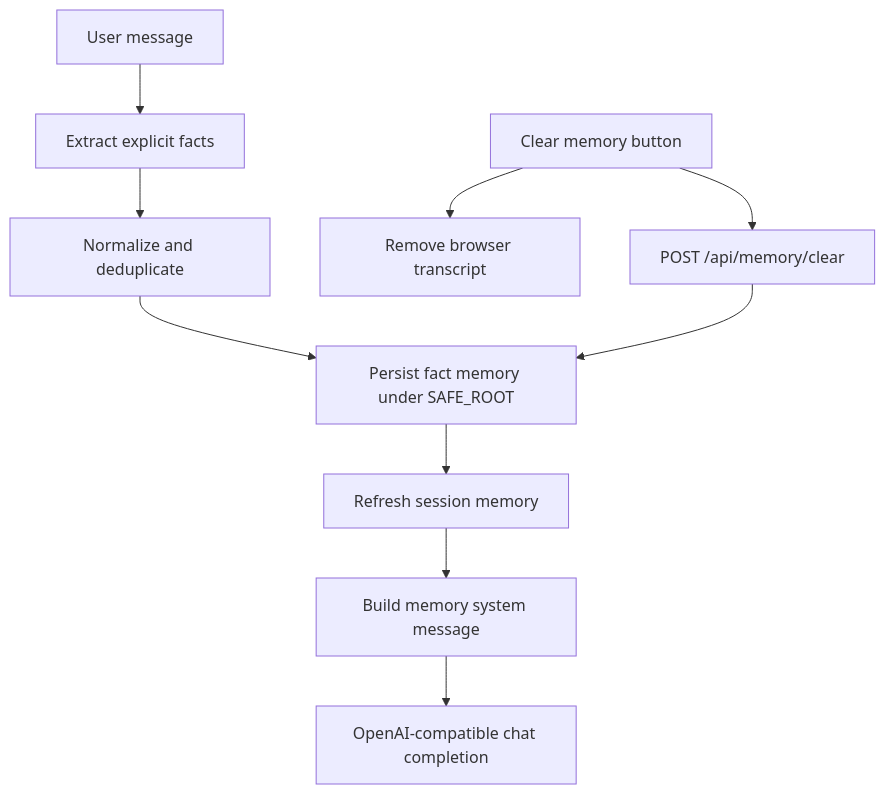
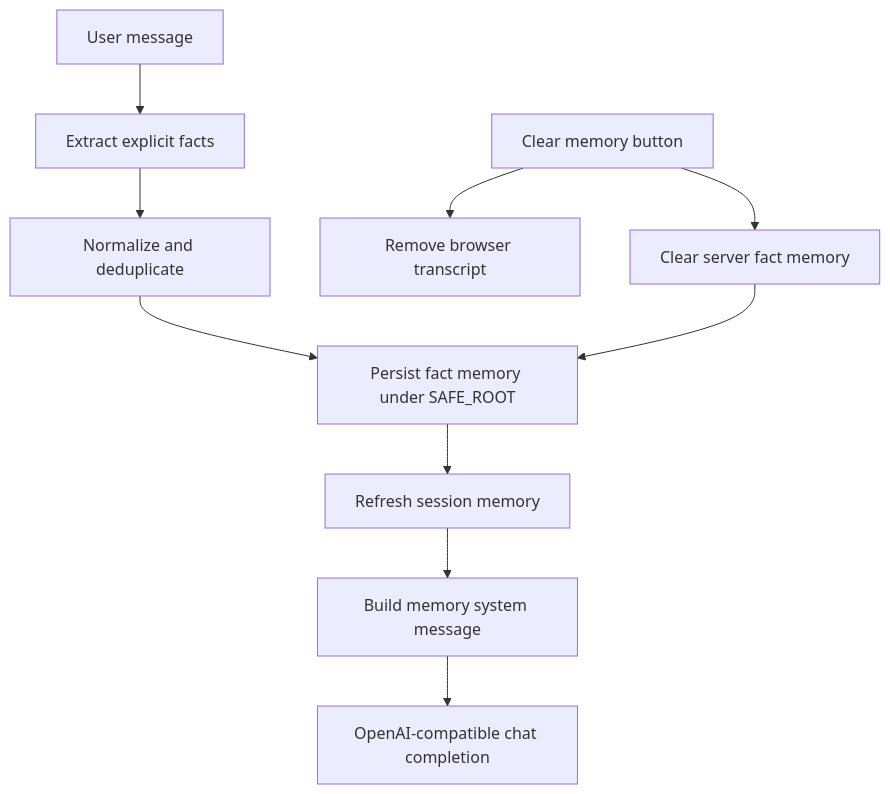
One commit to cschladetsch/NodeGLM-5 changed the second of 4 diagrams in Readme.md. Above: the diagram before and after it, drawn with Mermaid. The commit also changed other lines of this file and 8 other files, not shown here.

````diff
--- a/Readme.md
+++ b/Readme.md
@@ -144,12 +146,12 @@
 ```mermaid
 flowchart TD
     UserMsg["User message"] --> Extract["Extract explicit facts"]
     Extract --> Dedupe["Normalize and deduplicate"]
     Dedupe --> Store["Persist fact memory under SAFE_ROOT"]
     Store --> Session["Refresh session memory"]
     Session --> Prompt["Build memory system message"]
     Prompt --> Model["OpenAI-compatible chat completion"]
     Clear["Clear memory button"] --> ClearLocal["Remove browser transcript"]
-    Clear --> ClearServer["POST /api/memory/clear"]
+    Clear --> ClearServer["Clear server fact memory"]
     ClearServer --> Store
 ```
````
